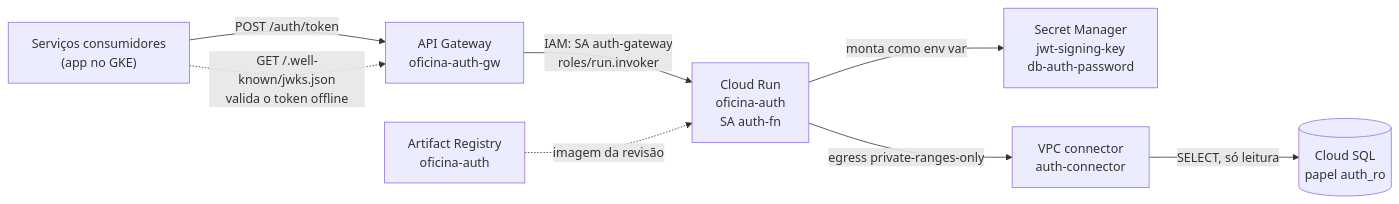
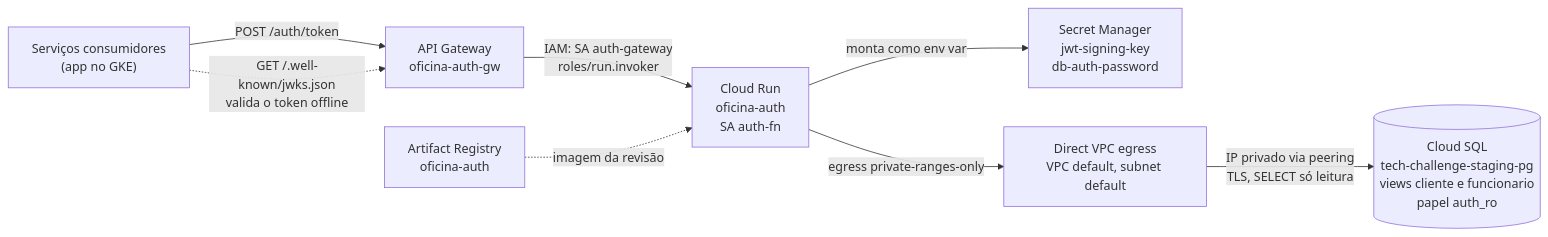
The second of 4 diagrams in docs/arquitetura.md (iuriian/tech-challenge-auth), drawn with Mermaid before and after one commit. The commit also changed other lines of this file and 1 other file, not shown here.

Commit message:
docs: descreve as views como contrato de leitura e a ordem entre os repositórios

````diff
--- a/docs/arquitetura.md
+++ b/docs/arquitetura.md
@@ -108,18 +108,18 @@
 ```mermaid
 flowchart LR
     CONS["Serviços consumidores<br/>(app no GKE)"]
     GW["API Gateway<br/>oficina-auth-gw"]
     CR["Cloud Run<br/>oficina-auth<br/>SA auth-fn"]
     SM["Secret Manager<br/>jwt-signing-key<br/>db-auth-password"]
-    VPC["VPC connector<br/>auth-connector"]
-    DB[("Cloud SQL<br/>papel auth_ro")]
+    VPC["Direct VPC egress<br/>VPC default, subnet default"]
+    DB[("Cloud SQL<br/>tech-challenge-staging-pg<br/>views cliente e funcionario<br/>papel auth_ro")]
     AR["Artifact Registry<br/>oficina-auth"]
 
     CONS -->|"POST /auth/token"| GW
     GW -->|"IAM: SA auth-gateway<br/>roles/run.invoker"| CR
     CR -->|"monta como env var"| SM
     CR -->|"egress private-ranges-only"| VPC
-    VPC -->|"SELECT, só leitura"| DB
+    VPC -->|"IP privado via peering<br/>TLS, SELECT só leitura"| DB
     AR -.->|"imagem da revisão"| CR
     CONS -.->|"GET /.well-known/jwks.json<br/>valida o token offline"| GW
 ```
````
